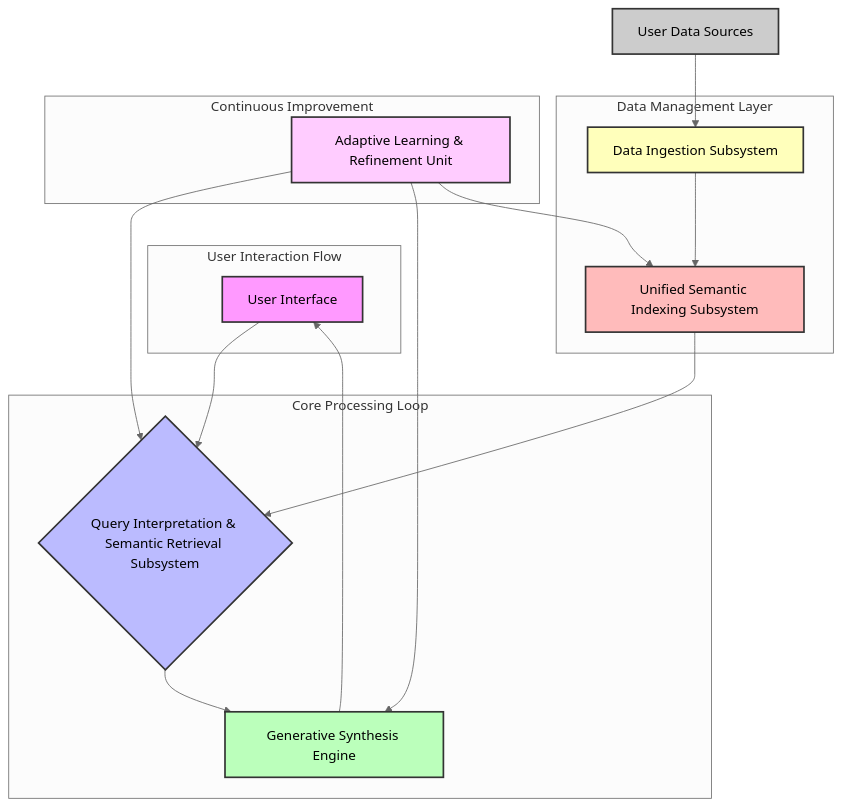
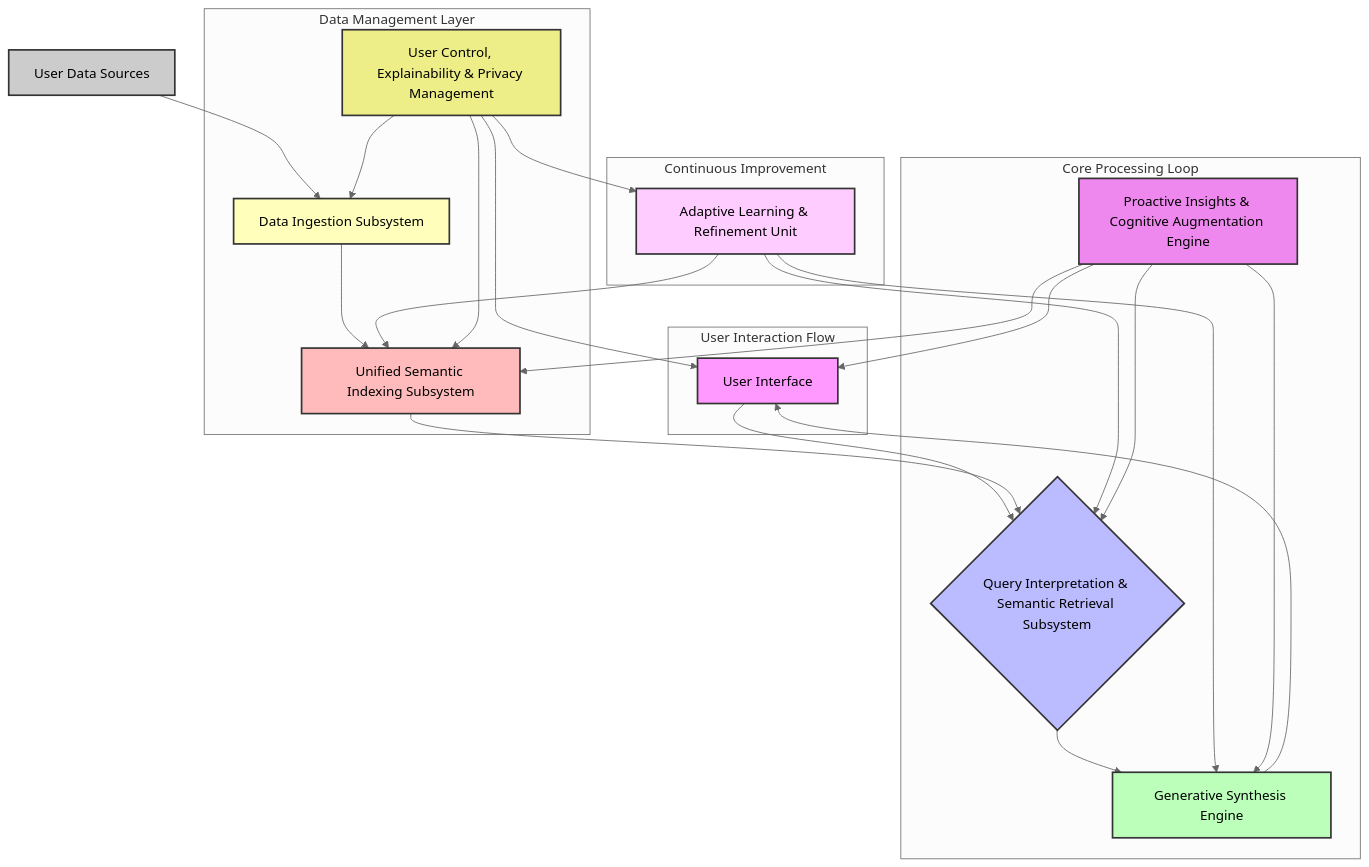
Before and after one commit to diplomat-bit/Citibank_Demo_Business_Inc_Demonstration-: the first of 5 diagrams in inventions/017_personal_archive_querying.md, drawn with Mermaid (neutral theme). The commit also changed other lines of this file, not shown here.

````diff
--- a/inventions/017_personal_archive_querying.md
+++ b/inventions/017_personal_archive_querying.md
@@ -17,38 +17,50 @@
 ```mermaid
 graph TD
     A[User Interface] --> B{Query Interpretation & Semantic Retrieval Subsystem}
     B --> C[Generative Synthesis Engine]
     C --> A
     D[Data Ingestion Subsystem] --> E[Unified Semantic Indexing Subsystem]
     E --> B
     F[User Data Sources] --> D
     G[Adaptive Learning & Refinement Unit] --> B
     G --> C
     G --> E
+    H[Proactive Insights & Cognitive Augmentation Engine] --> E
+    H --> B
+    H --> C
+    H --> A
+    I[User Control, Explainability & Privacy Management] --> D
+    I --> E
+    I --> A
+    I --> G
 
     subgraph User Interaction Flow
         A
     end
 
     subgraph Core Processing Loop
         B
         C
+        H
     end
 
     subgraph Data Management Layer
         D
         E
+        I
     end
 
     subgraph Continuous Improvement
         G
     end
 
     style A fill:#f9f,stroke:#333,stroke-width:2px
     style B fill:#bbf,stroke:#333,stroke-width:2px
     style C fill:#bfb,stroke:#333,stroke-width:2px
     style D fill:#ffb,stroke:#333,stroke-width:2px
     style E fill:#fbb,stroke:#333,stroke-width:2px
     style F fill:#ccc,stroke:#333,stroke-width:2px
     style G fill:#fcf,stroke:#333,stroke-width:2px
+    style H fill:#e8e,stroke:#333,stroke-width:2px
+    style I fill:#ee8,stroke:#333,stroke-width:2px
 ```
````
